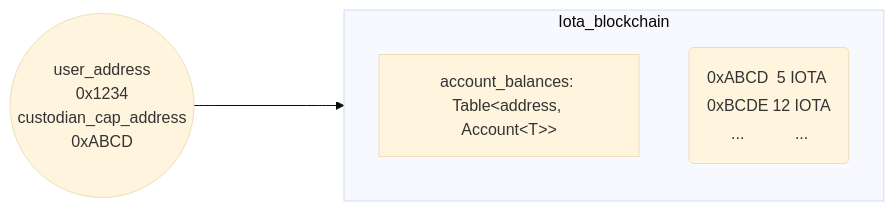
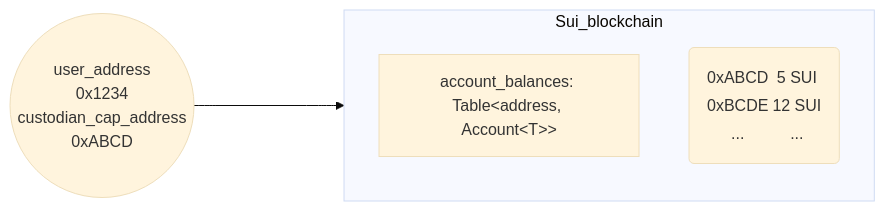
One commit to rafnixschaf/iota changed the diagram in docs/content/standards/deepbook/trade-and-swap.mdx. Above: the diagram before and after it, drawn with Mermaid (base theme). The commit also changed other lines of this file and 9877 other files, not shown here.

````diff
--- a/docs/content/standards/deepbook/trade-and-swap.mdx
+++ b/docs/content/standards/deepbook/trade-and-swap.mdx
@@ -114,11 +114,11 @@
 ```mermaid
 flowchart LR
  A((user_address\n0x1234\ncustodian_cap_address\n0xABCD))
- subgraph Iota_blockchain
+ subgraph Sui_blockchain
     direction TB
     B["account_balances: Table&lt;address, Account&lt;T>>"]
-    C("<table><tbody><tr><td>0xABCD</td><td>5 IOTA</td></tr><tr><td>0xBCDE</td><td>12 IOTA</td></tr><tr><td>...</td><td>...</td></tr></tbody></table>")
+    C("<table><tbody><tr><td>0xABCD</td><td>5 SUI</td></tr><tr><td>0xBCDE</td><td>12 SUI</td></tr><tr><td>...</td><td>...</td></tr></tbody></table>")
  end
 
- A ----> Iota_blockchain
+ A ----> Sui_blockchain
 ```
````
